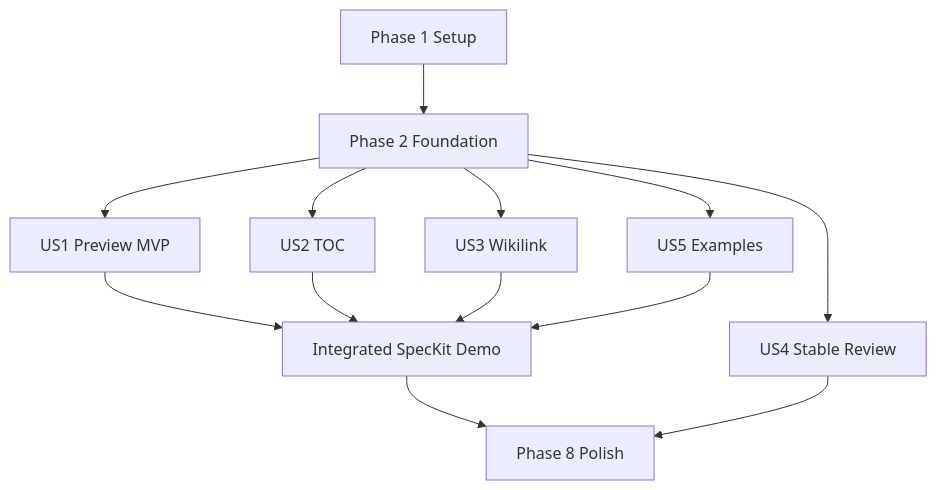
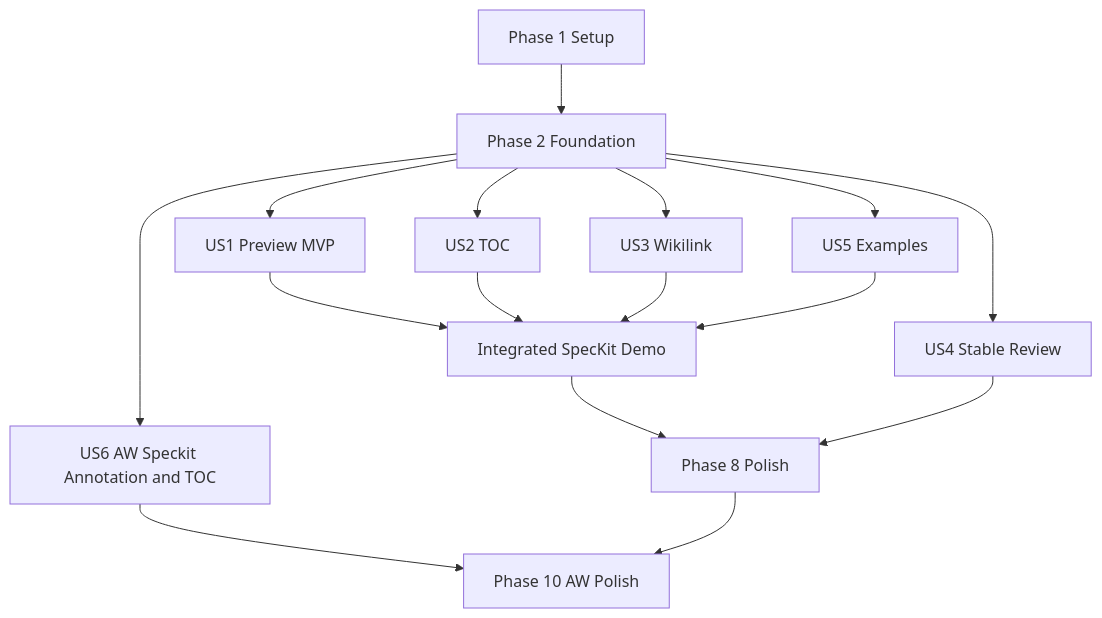
One commit to yoophi/agentic-workspace changed the diagram in specs/029-ma-spec-markdown-preview/tasks.md. Above: the diagram before and after it, drawn with Mermaid. The commit also changed other lines of this file and 16 other files, not shown here.

````diff
--- a/specs/029-ma-spec-markdown-preview/tasks.md
+++ b/specs/029-ma-spec-markdown-preview/tasks.md
@@ -192,15 +231,18 @@
 ```mermaid
 flowchart TD
   Setup[Phase 1 Setup] --> Foundation[Phase 2 Foundation]
   Foundation --> US1[US1 Preview MVP]
   Foundation --> US2[US2 TOC]
   Foundation --> US3[US3 Wikilink]
   Foundation --> US4[US4 Stable Review]
   Foundation --> US5[US5 Examples]
+  Foundation --> US6[US6 AW Speckit Annotation and TOC]
   US1 --> Demo[Integrated SpecKit Demo]
   US2 --> Demo
   US3 --> Demo
   US5 --> Demo
   Demo --> Polish[Phase 8 Polish]
   US4 --> Polish
+  US6 --> AwPolish[Phase 10 AW Polish]
+  Polish --> AwPolish
 ```
````
